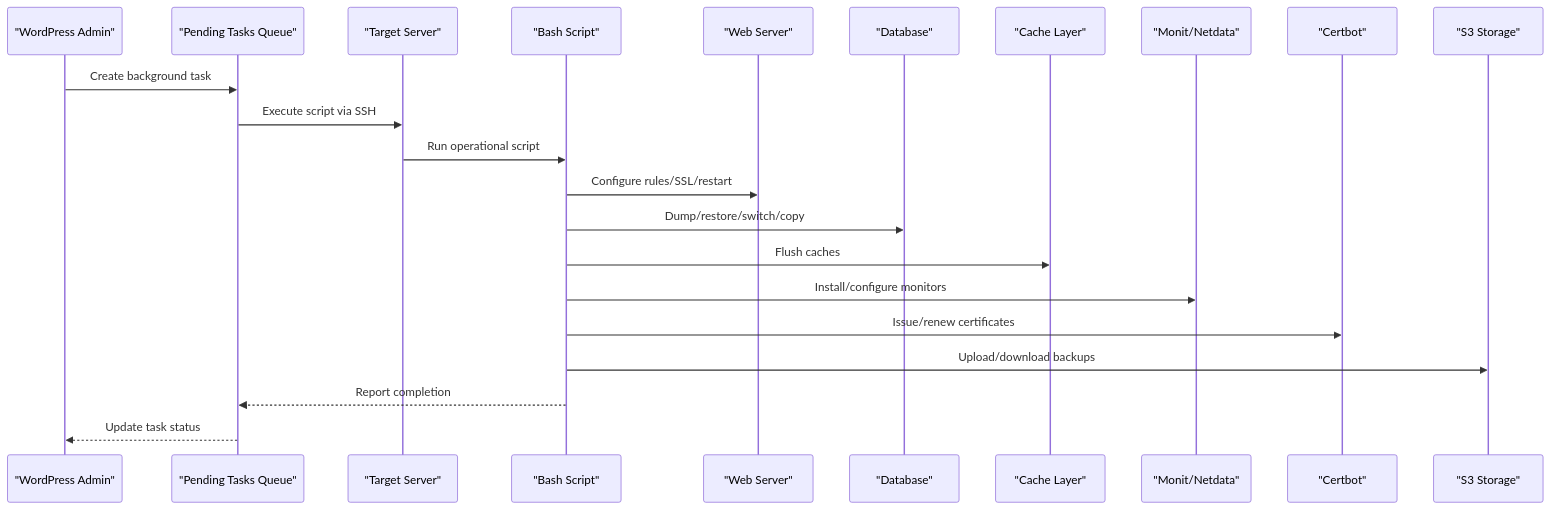
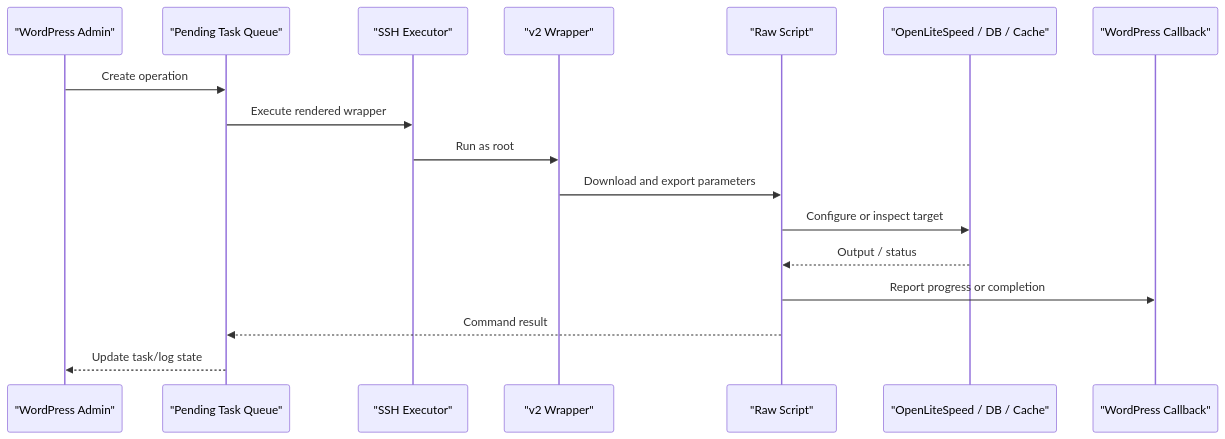
One commit to onedogsolutions/simple-stack changed the second of 2 diagrams in .qoder/repowiki/en/content/WordPress Application Engine/Operational & Maintenance Scripts/Operational & Maintenance Scripts.md. Above: the diagram before and after it, drawn with Mermaid. The commit also changed other lines of this file and 5941 other files, not shown here.

````diff
--- a/.qoder/repowiki/en/content/WordPress Application Engine/Operational & Maintenance Scripts/Operational & Maintenance Scripts.md
+++ b/.qoder/repowiki/en/content/WordPress Application Engine/Operational & Maintenance Scripts/Operational & Maintenance Scripts.md
@@ -97,24 +97,20 @@
 ```mermaid
 sequenceDiagram
-participant Admin as "WordPress Admin"
-participant Pending as "Pending Tasks Queue"
-participant Server as "Target Server"
-participant Script as "Bash Script"
-participant Web as "Web Server"
-participant DB as "Database"
-participant Cache as "Cache Layer"
-participant Mon as "Monit/Netdata"
-participant Cert as "Certbot"
-participant S3 as "S3 Storage"
-Admin->>Pending : Create background task
-Pending->>Server : Execute script via SSH
-Server->>Script : Run operational script
-Script->>Web : Configure rules/SSL/restart
-Script->>DB : Dump/restore/switch/copy
-Script->>Cache : Flush caches
-Script->>Mon : Install/configure monitors
-Script->>Cert : Issue/renew certificates
-Script->>S3 : Upload/download backups
-Script-->>Pending : Report completion
-Pending-->>Admin : Update task status
+    participant Admin as "WordPress Admin"
+    participant Queue as "Pending Task Queue"
+    participant SSH as "SSH Executor"
+    participant Wrapper as "v2 Wrapper"
+    participant Raw as "Raw Script"
+    participant Service as "OpenLiteSpeed / DB / Cache"
+    participant Callback as "WordPress Callback"
+
+    Admin->>Queue : Create operation
+    Queue->>SSH : Execute rendered wrapper
+    SSH->>Wrapper : Run as root
+    Wrapper->>Raw : Download and export parameters
+    Raw->>Service : Configure or inspect target
+    Service-->>Raw : Output / status
+    Raw->>Callback : Report progress or completion
+    Raw-->>Queue : Command result
+    Queue-->>Admin : Update task/log state
 ```
````
